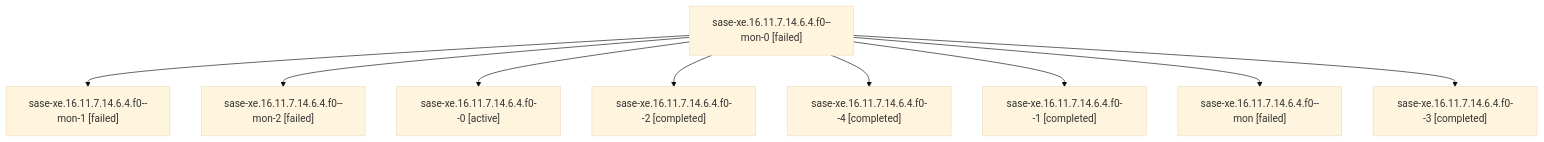
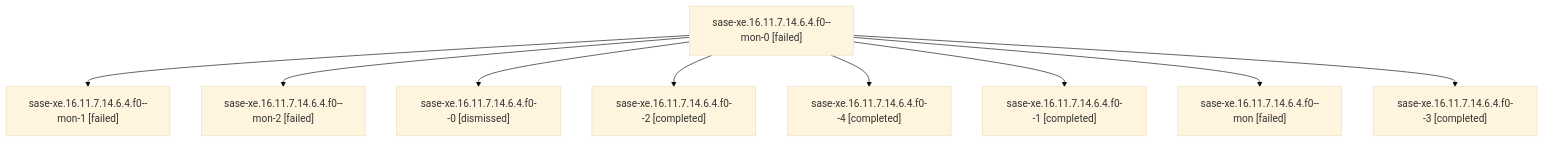
Before and after one commit to sase-org/sase--agents: the diagram in sessions/bbugyi200.athena.sase-xe.16.11.7.14.6.4.f0.md, drawn with Mermaid (base theme). The commit also changed other lines of this file and 277 other files, not shown here.

````diff
--- a/sessions/bbugyi200.athena.sase-xe.16.11.7.14.6.4.f0.md
+++ b/sessions/bbugyi200.athena.sase-xe.16.11.7.14.6.4.f0.md
@@ -9,20 +9,20 @@
 ```mermaid
 flowchart TD
   n0["sase-xe.16.11.7.14.6.4.f0--mon-0 [failed]"]
   n1["sase-xe.16.11.7.14.6.4.f0--mon-1 [failed]"]
   n0 --> n1
   n2["sase-xe.16.11.7.14.6.4.f0--mon-2 [failed]"]
   n0 --> n2
-  n3["sase-xe.16.11.7.14.6.4.f0--0 [active]"]
+  n3["sase-xe.16.11.7.14.6.4.f0--0 [dismissed]"]
   n0 --> n3
   n4["sase-xe.16.11.7.14.6.4.f0--2 [completed]"]
   n0 --> n4
   n5["sase-xe.16.11.7.14.6.4.f0--4 [completed]"]
   n0 --> n5
   n6["sase-xe.16.11.7.14.6.4.f0--1 [completed]"]
   n0 --> n6
   n7["sase-xe.16.11.7.14.6.4.f0--mon [failed]"]
   n0 --> n7
   n8["sase-xe.16.11.7.14.6.4.f0--3 [completed]"]
   n0 --> n8
 ```
````
